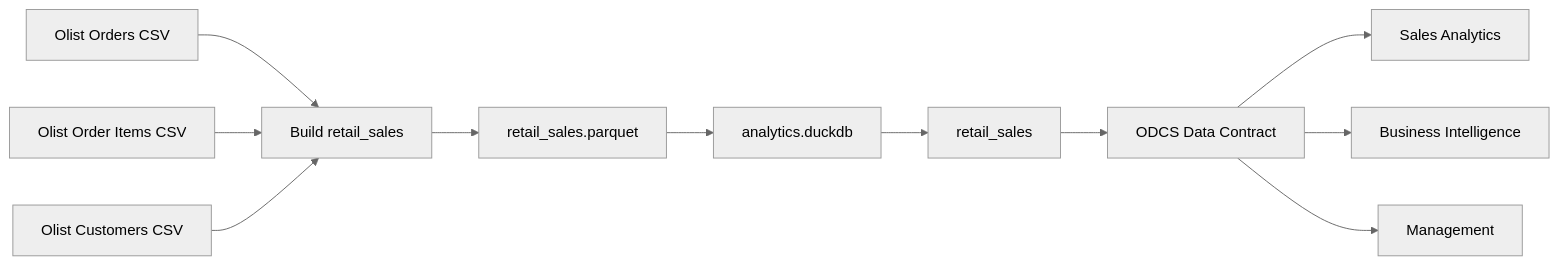
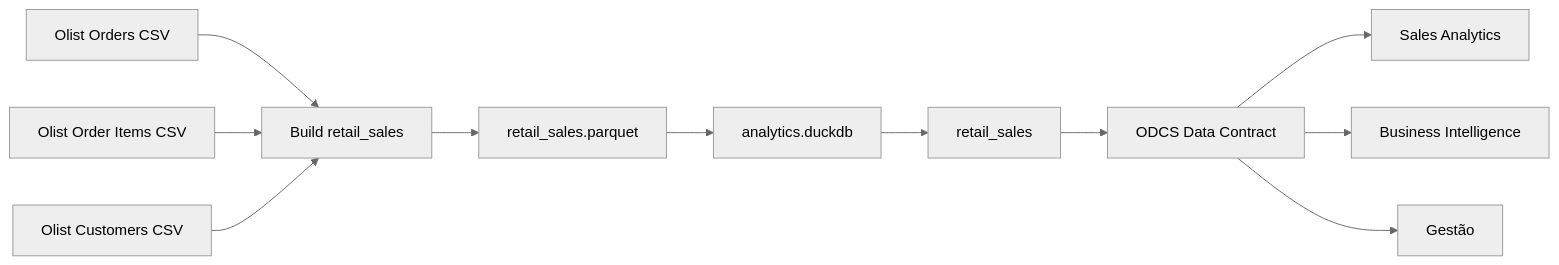
One commit to ThatianeBotelho/FIAP_Data_Product_Management_Vendas_Varejo changed the diagram in README.md. Above: the diagram before and after it, drawn with Mermaid (neutral theme). The commit also changed other lines of this file and 3 other files, not shown here.

````diff
--- a/README.md
+++ b/README.md
@@ -132,15 +132,15 @@
 ```mermaid
 flowchart LR
     A[Olist Orders CSV] --> D[Build retail_sales]
     B[Olist Order Items CSV] --> D
     C[Olist Customers CSV] --> D
 
     D --> E[retail_sales.parquet]
     E --> F[analytics.duckdb]
     F --> G[retail_sales]
 
     G --> H[ODCS Data Contract]
     H --> I[Sales Analytics]
     H --> J[Business Intelligence]
-    H --> K[Management]
+    H --> K[Gestão]
 ```
````
